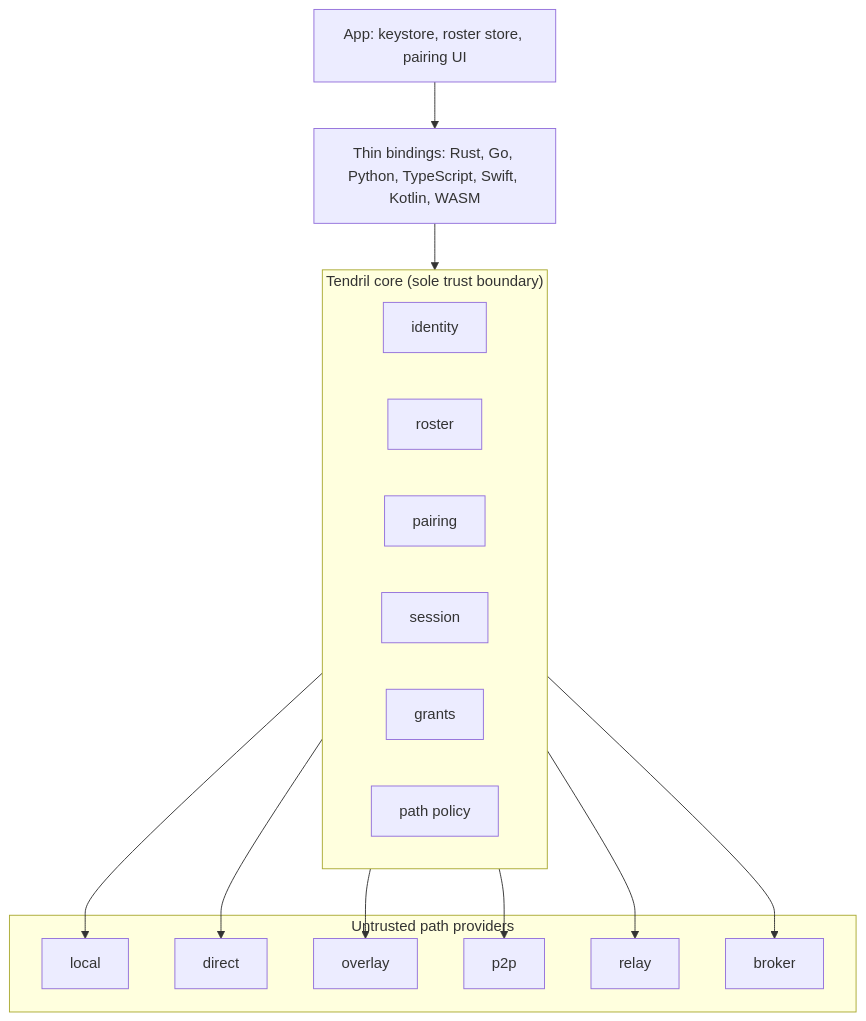
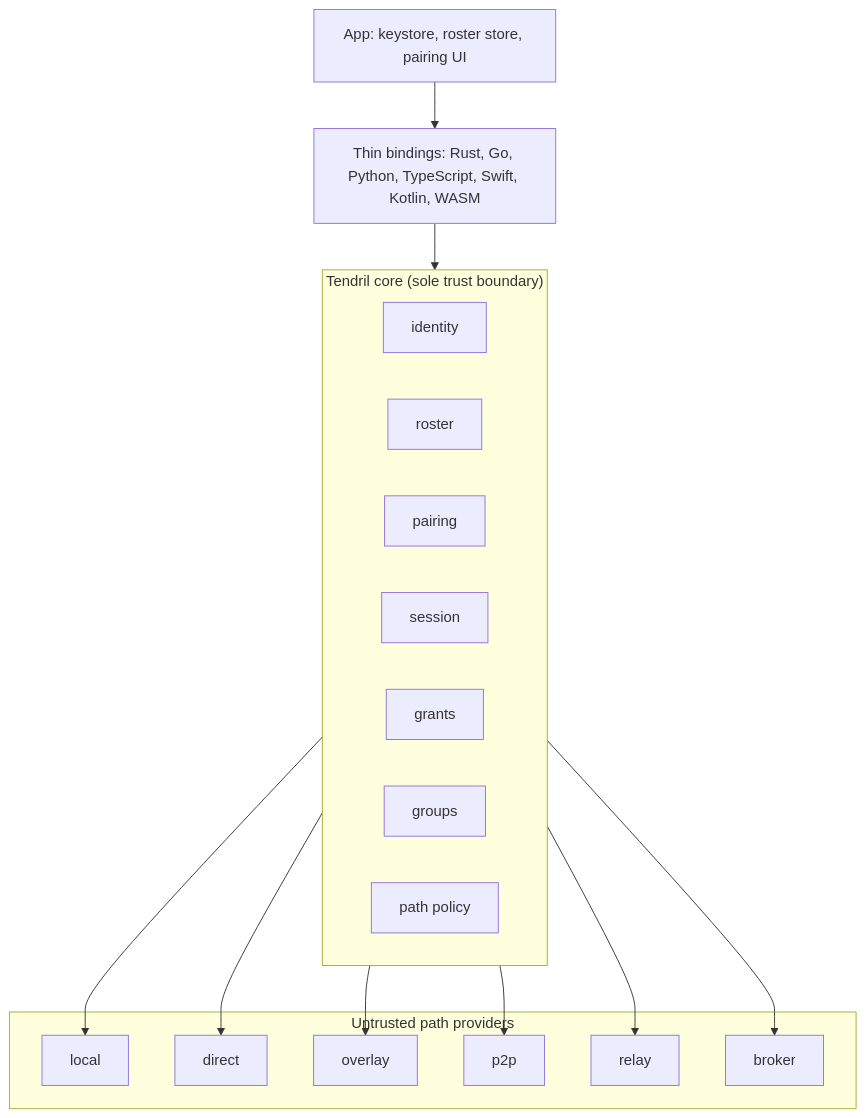
The diagram in docs/architecture/layers.md (agync/tendril), drawn with Mermaid before and after one commit. The commit also changed other lines of this file and 11 other files, not shown here.

````diff
--- a/docs/architecture/layers.md
+++ b/docs/architecture/layers.md
@@ -13,23 +13,24 @@
 ```mermaid
 flowchart TB
   APP["App: keystore, roster store, pairing UI"]
   BIND["Thin bindings: Rust, Go, Python, TypeScript, Swift, Kotlin, WASM"]
   subgraph CORE["Tendril core (sole trust boundary)"]
     ID["identity"]
     RO["roster"]
     PR["pairing"]
     SE["session"]
     GR["grants"]
+    GP["groups"]
     PO["path policy"]
   end
   subgraph PROV["Untrusted path providers"]
     L["local"]
     D["direct"]
     O["overlay"]
     P["p2p"]
     R["relay"]
     B["broker"]
   end
   APP --> BIND --> CORE
   CORE --> L & D & O & P & R & B
 ```
````
